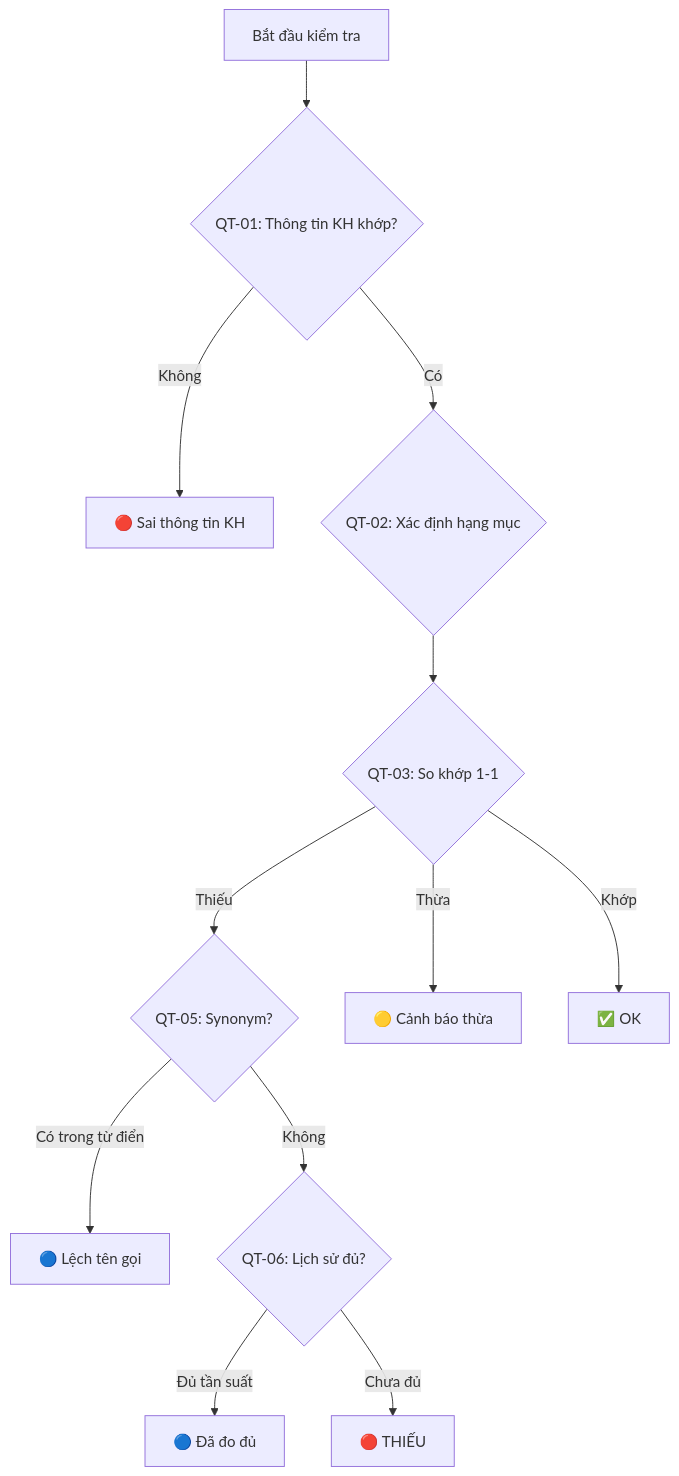
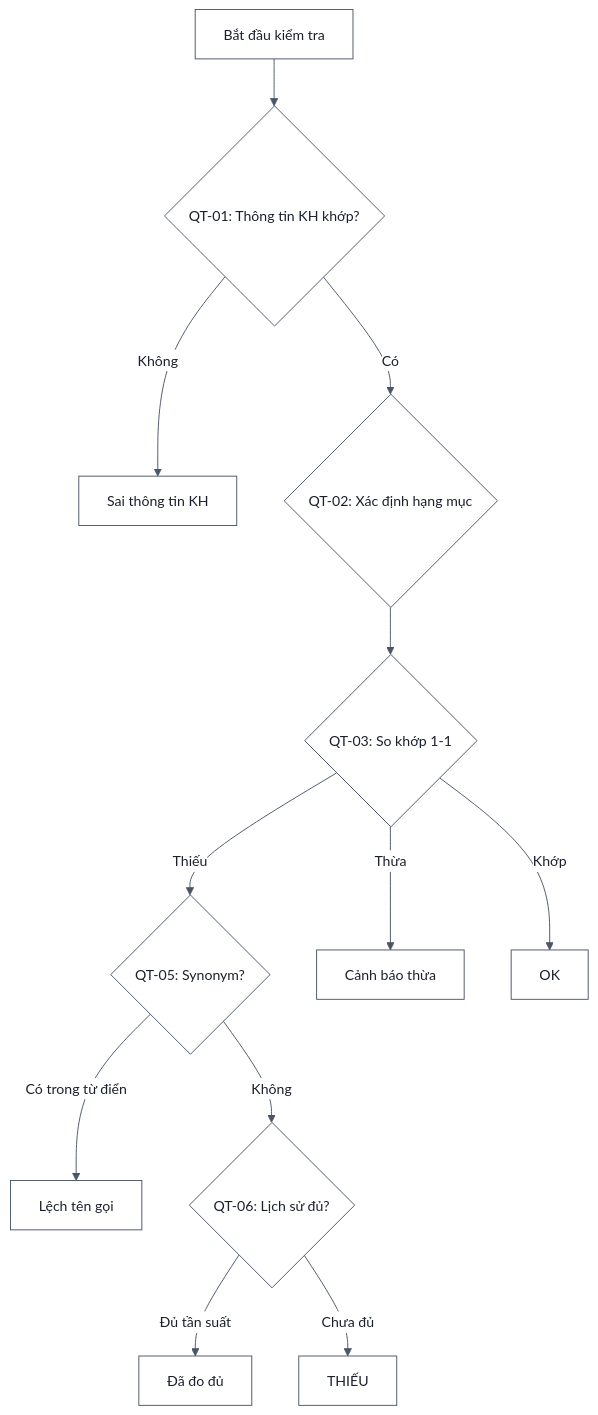
The first of 2 diagrams in BA-agent/BA-document-rule/templates/brd.md (sonbui31/BA-studies), drawn with Mermaid before and after one commit. The commit also changed other lines of this file and 97 other files, not shown here.

First line of the commit message:
Add diagram linting and rendering tools with tests

````diff
--- a/BA-agent/BA-document-rule/templates/brd.md
+++ b/BA-agent/BA-document-rule/templates/brd.md
@@ -166,14 +166,15 @@
 ```mermaid
+%%{init: {"theme": "base", "fontFamily": "Arial, Helvetica, sans-serif", "themeVariables": {"fontSize": "15px", "primaryColor": "#FFFFFF", "primaryBorderColor": "#4A5568", "primaryTextColor": "#1A202C", "lineColor": "#4A5568", "secondaryColor": "#F7FAFC", "tertiaryColor": "#F7FAFC", "clusterBkg": "#F7FAFC", "clusterBorder": "#A0AEC0", "edgeLabelBackground": "#FFFFFF", "actorBkg": "#EBF8FF", "actorBorder": "#2B6CB0", "noteBkgColor": "#FFF8E1", "noteBorderColor": "#B7791F"}}}%%
 graph TD
     A["Bắt đầu kiểm tra"] --> B{"QT-01: Thông tin KH khớp?"}
-    B -->|Không| B_ERR["🔴 Sai thông tin KH"]
+    B -->|Không| B_ERR["Sai thông tin KH"]
     B -->|Có| C{"QT-02: Xác định hạng mục"}
     C --> D{"QT-03: So khớp 1-1"}
     D -->|Thiếu| E{"QT-05: Synonym?"}
-    E -->|Có trong từ điển| F["🔵 Lệch tên gọi"]
+    E -->|Có trong từ điển| F["Lệch tên gọi"]
     E -->|Không| G{"QT-06: Lịch sử đủ?"}
-    G -->|Đủ tần suất| H["🔵 Đã đo đủ"]
-    G -->|Chưa đủ| I["🔴 THIẾU"]
-    D -->|Thừa| J["🟡 Cảnh báo thừa"]
-    D -->|Khớp| K["✅ OK"]
+    G -->|Đủ tần suất| H["Đã đo đủ"]
+    G -->|Chưa đủ| I["THIẾU"]
+    D -->|Thừa| J["Cảnh báo thừa"]
+    D -->|Khớp| K["OK"]
 ```
````
